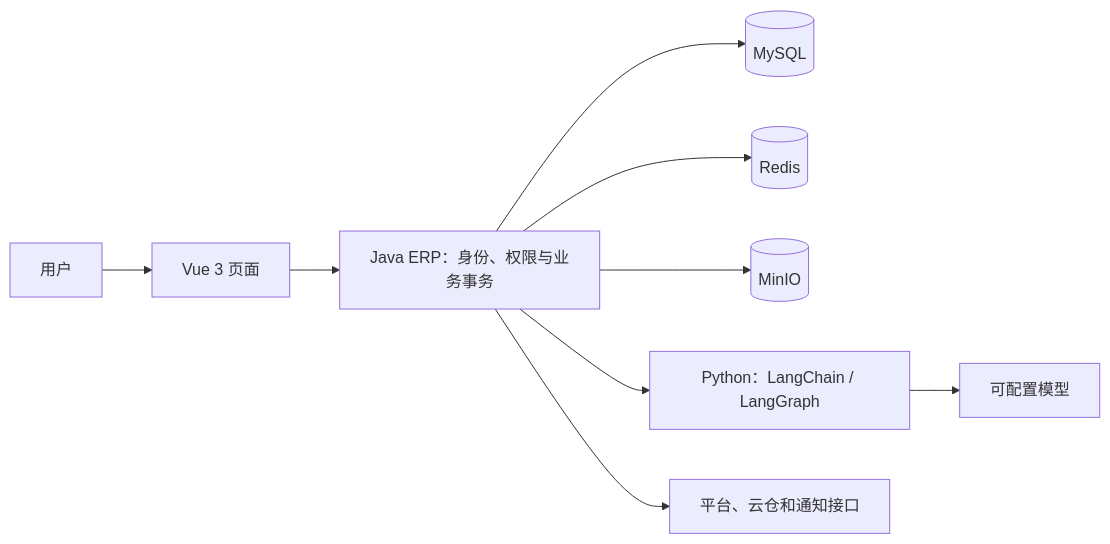
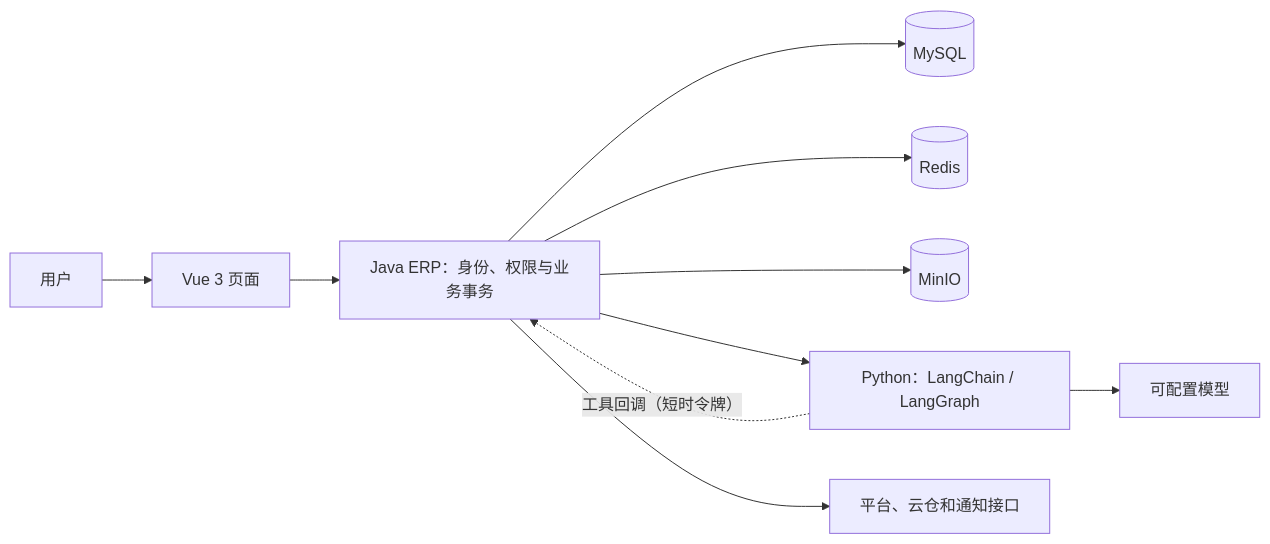
Before and after one commit to kyesheu/xinghua-erp: the first of 2 diagrams in docs/系统架构.md, drawn with Mermaid. The commit also changed other lines of this file and 39 other files, not shown here.

````diff
--- a/docs/系统架构.md
+++ b/docs/系统架构.md
@@ -5,11 +5,12 @@
 ```mermaid
 graph LR
   U[用户] --> V[Vue 3 页面]
   V --> J[Java ERP：身份、权限与业务事务]
   J --> DB[(MySQL)]
   J --> R[(Redis)]
   J --> M[(MinIO)]
   J --> P[Python：LangChain / LangGraph]
   P --> L[可配置模型]
+  P -. 工具回调（短时令牌）.-> J
   J --> X[平台、云仓和通知接口]
 ```
````
